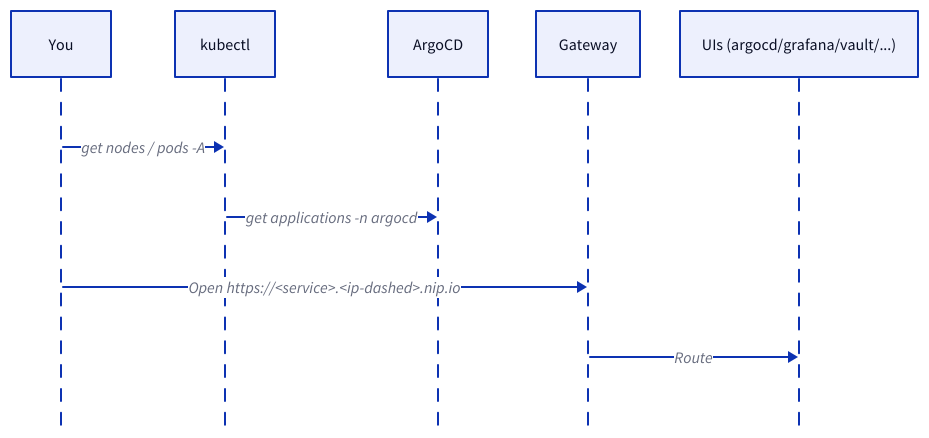
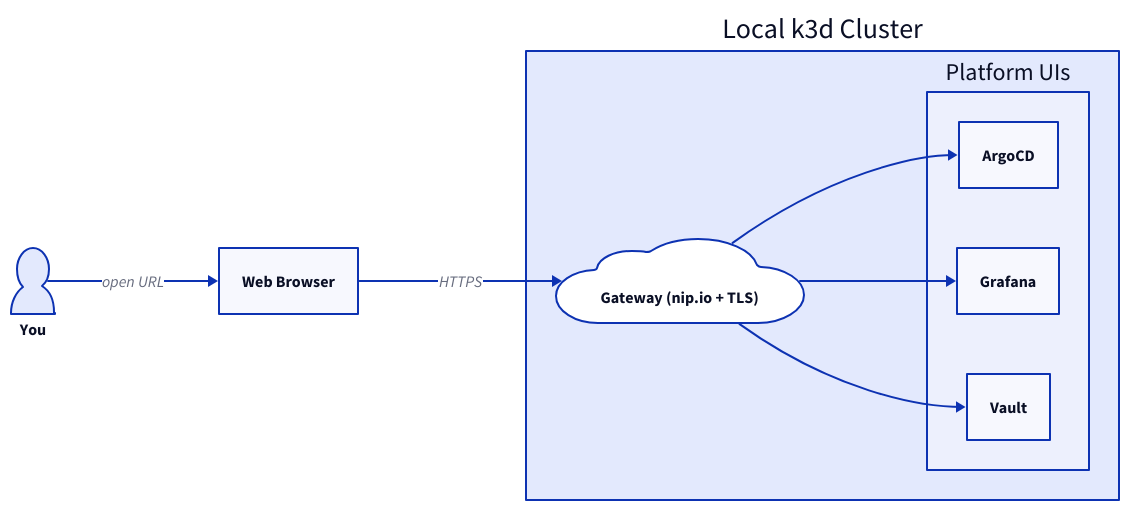
One commit to rou-cru/idp-blueprint changed the diagram in Docs/getting-started/verify.md. Above: the diagram before and after it, drawn with D2. The commit also changed other lines of this file and 36 other files, not shown here.

````diff
--- a/Docs/getting-started/verify.md
+++ b/Docs/getting-started/verify.md
@@ -21,13 +33,30 @@
 ```d2
-shape: sequence_diagram
-User: You
-Kubectl: kubectl
-Argo: ArgoCD
-Gateway: Gateway
-Services: UIs (argocd/grafana/vault/...)
+direction: right
 
-User -> Kubectl: get nodes / pods -A
-Kubectl -> Argo: get applications -n argocd
-User -> Gateway: Open https://<service>.<ip-dashed>.nip.io
-Gateway -> Services: Route
+You: {
+  label: "You"
+  shape: person
+}
+
+Browser: "Web Browser"
+
+Cluster: {
+  label: "Local k3d Cluster"
+  Gateway: {
+    label: "Gateway (nip.io + TLS)"
+    shape: cloud
+  }
+  UIs: {
+    label: "Platform UIs"
+    ArgoCD
+    Grafana
+    Vault
+  }
+}
+
+You -> Browser: open URL
+Browser -> Cluster.Gateway: HTTPS
+Cluster.Gateway -> Cluster.UIs.ArgoCD
+Cluster.Gateway -> Cluster.UIs.Grafana
+Cluster.Gateway -> Cluster.UIs.Vault
 ```
````
